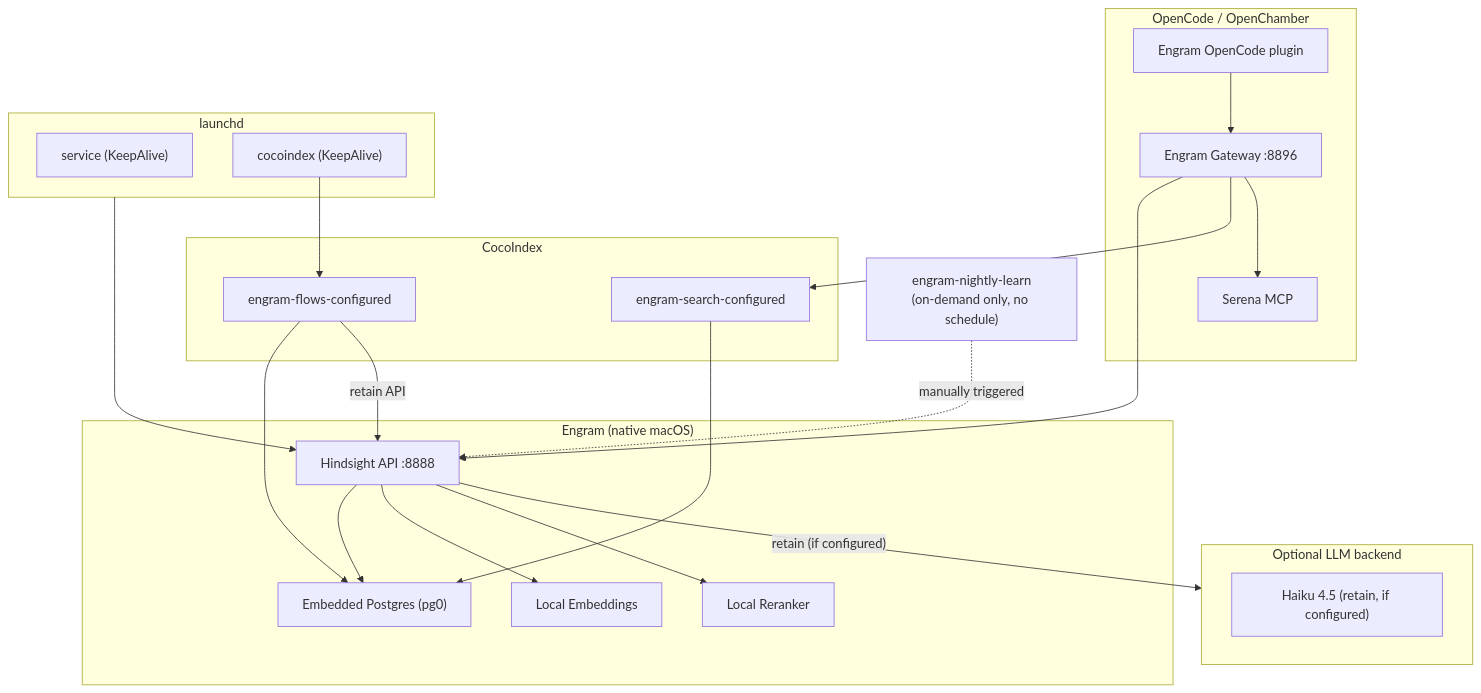
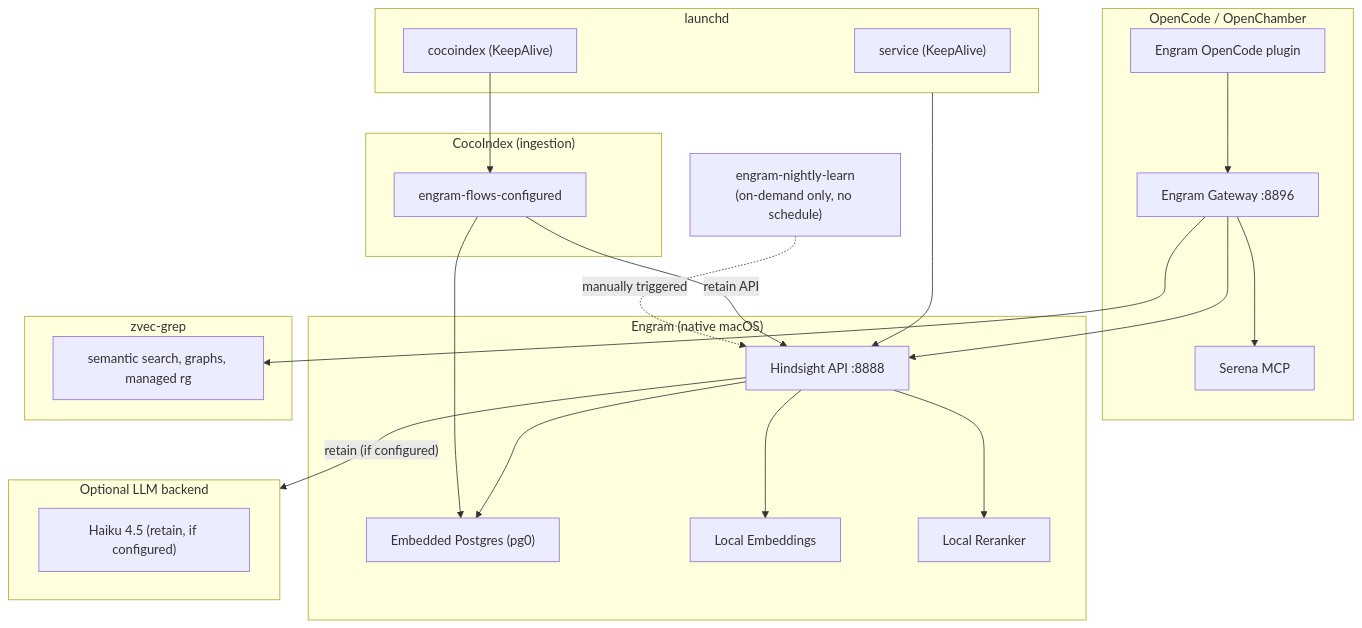
The second of 2 diagrams in README.md (jordigilh/engram), drawn with Mermaid before and after one commit. The commit also changed other lines of this file and 6 other files, not shown here.

Commit message:
docs: describe Cocoindex as ingestion-only and zvec-grep as code backend (#210)

````diff
--- a/README.md
+++ b/README.md
@@ -136,46 +133,48 @@
 ```mermaid
 graph TB
     subgraph client["OpenCode / OpenChamber"]
         plugin["Engram OpenCode plugin"]
         gateway["Engram Gateway :8896"]
         serena["Serena MCP"]
         plugin --> gateway
     end
 
     subgraph engram["Engram (native macOS)"]
         api["Hindsight API :8888"]
         pg["Embedded Postgres (pg0)"]
         emb["Local Embeddings"]
         rerank["Local Reranker"]
     end
 
-    subgraph cocoindex_engine["CocoIndex"]
+    subgraph cocoindex_engine["CocoIndex (ingestion)"]
         coco["engram-flows-configured"]
-        coco_search["engram-search-configured"]
         coco --> pg
-        coco_search --> pg
+    end
+
+    subgraph zvec_engine["zvec-grep"]
+        zg["semantic search, graphs, managed rg"]
     end
 
     subgraph vertex["Optional LLM backend"]
         haiku["Haiku 4.5 (retain, if configured)"]
     end
 
     subgraph launchd["launchd"]
         svc["service (KeepAlive)"]
         coco_svc["cocoindex (KeepAlive)"]
     end
 
     nightly["engram-nightly-learn<br/>(on-demand only, no schedule)"]
 
     gateway --> api
-    gateway --> coco_search
+    gateway --> zg
     gateway --> serena
     api --> pg
     api --> emb
     api --> rerank
     api -->|"retain (if configured)"| vertex
     launchd --> api
     nightly -.->|"manually triggered"| api
     coco_svc --> coco
     coco -->|"retain API"| api
 ```
````
